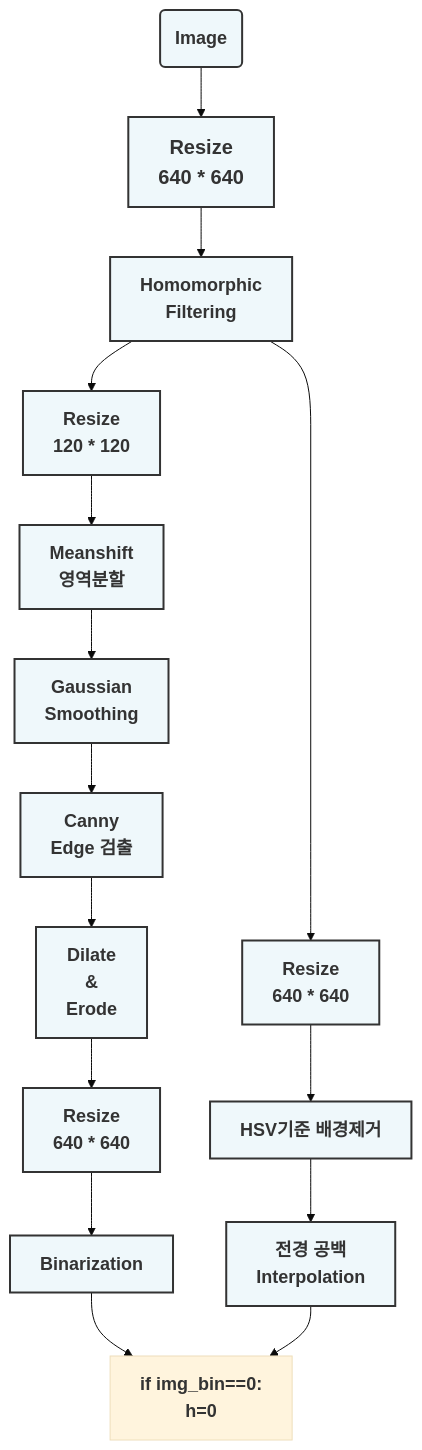
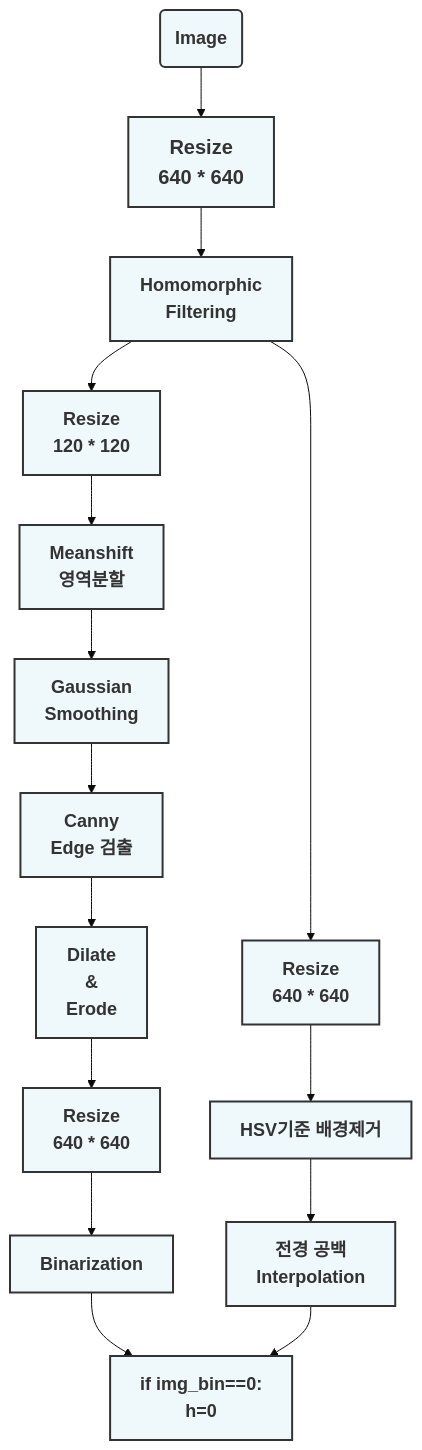
The second of 2 diagrams in Readme.md (201710808/-p), drawn with Mermaid (base theme) before and after one commit.

````diff
--- a/Readme.md
+++ b/Readme.md
@@ -13,35 +13,37 @@
 ```mermaid
 graph
 A(<b><span style='font-size:18px'>Image</span></b>)-->B[<b><span style='font-size:20px'>Resize<br>640 * 640</span></b>]
 B-->C[<b><span style='font-size:18px'>Homomorphic<br>Filtering</span></b>]
 C-->D1[<b><span style='font-size:18px'>Resize<br>120 * 120</span></b>]
 D1-->E1[<b><span style='font-size:18px'>Meanshift<br>영역분할</span></b>]
 E1-->F1[<b><span style='font-size:18px'>Gaussian<br>Smoothing</span></b>]
 F1-->G[<b><span style='font-size:18px'>Canny<br>Edge 검출</span></b>]
 G-->H[<b><span style='font-size:18px'>Dilate<br>&<br>Erode</span></b>]
 H-->I[<b><span style='font-size:18px'>Resize<br>640 * 640</span></b>]
 I-->J[<b><span style='font-size:18px'>Binarization</span></b>]
 
 C-->D2[<b><span style='font-size:18px'>Resize<br>640 * 640</span></b>]
 D2-->E2[<b><span style='font-size:18px'>HSV기준 배경제거</span></b>]
 E2-->F2[<b><span style='font-size:18px'>전경 공백<br>Interpolation</span></b>]
 
 J-->K
 F2-->K[<b><span style='font-size:18px'>if img_bin==0:<br>h=0</span></b>]
 
 
 style A fill:#EFF8FB ,stroke:#333,stroke-width:2px
 style B fill:#EFF8FB ,stroke:#333,stroke-width:2px
 style C fill:#EFF8FB ,stroke:#333,stroke-width:2px
 style D1 fill:#EFF8FB ,stroke:#333,stroke-width:2px
 style E1 fill:#EFF8FB ,stroke:#333,stroke-width:2px
 style F1 fill:#EFF8FB ,stroke:#333,stroke-width:2px
 style G fill:#EFF8FB ,stroke:#333,stroke-width:2px
 style H fill:#EFF8FB ,stroke:#333,stroke-width:2px
 style I fill:#EFF8FB ,stroke:#333,stroke-width:2px
 style J fill:#EFF8FB ,stroke:#333,stroke-width:2px
 
 style D2 fill:#EFF8FB ,stroke:#333,stroke-width:2px
 style E2 fill:#EFF8FB ,stroke:#333,stroke-width:2px
 style F2 fill:#EFF8FB ,stroke:#333,stroke-width:2px
+
+style K fill:#EFF8FB ,stroke:#333,stroke-width:2px
 ```
````
